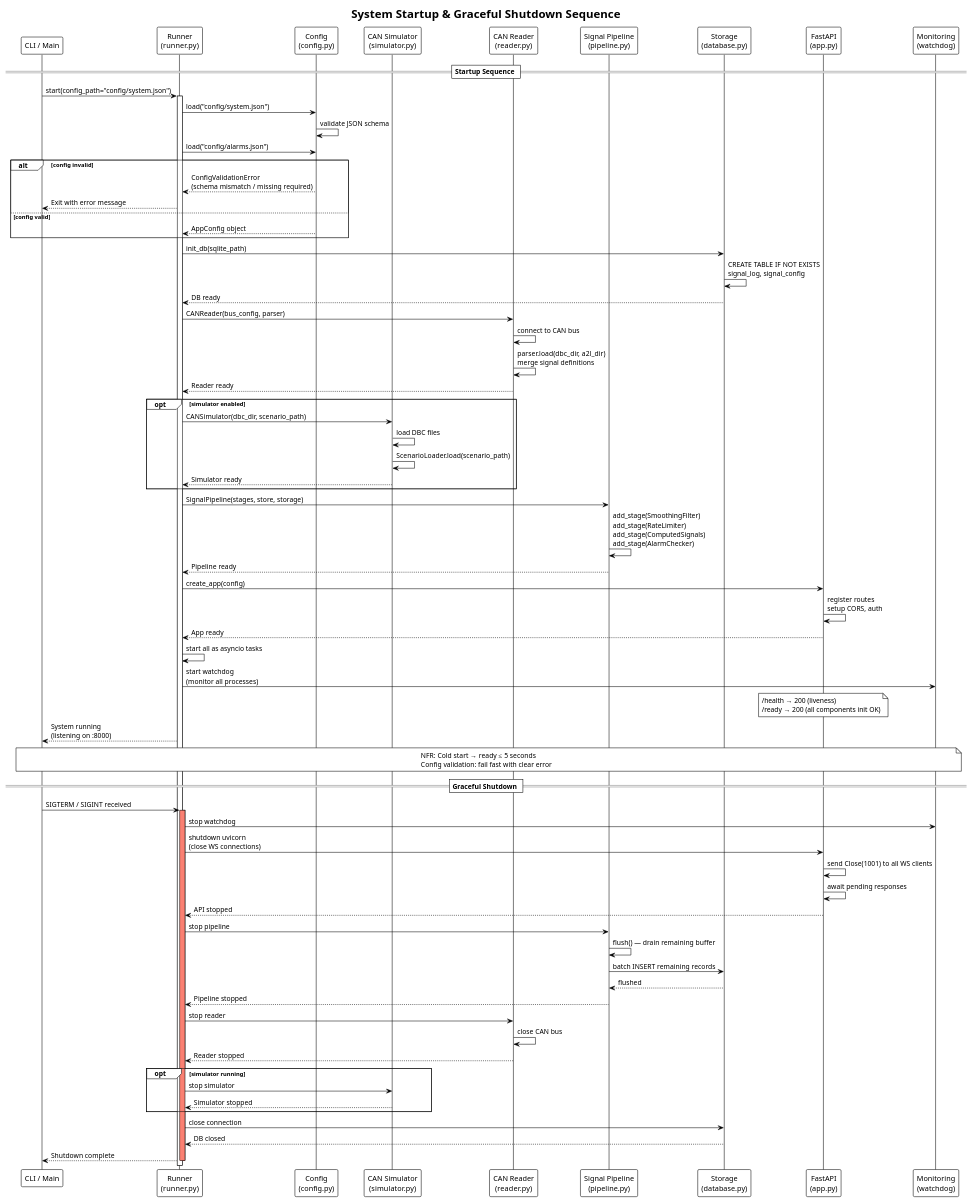
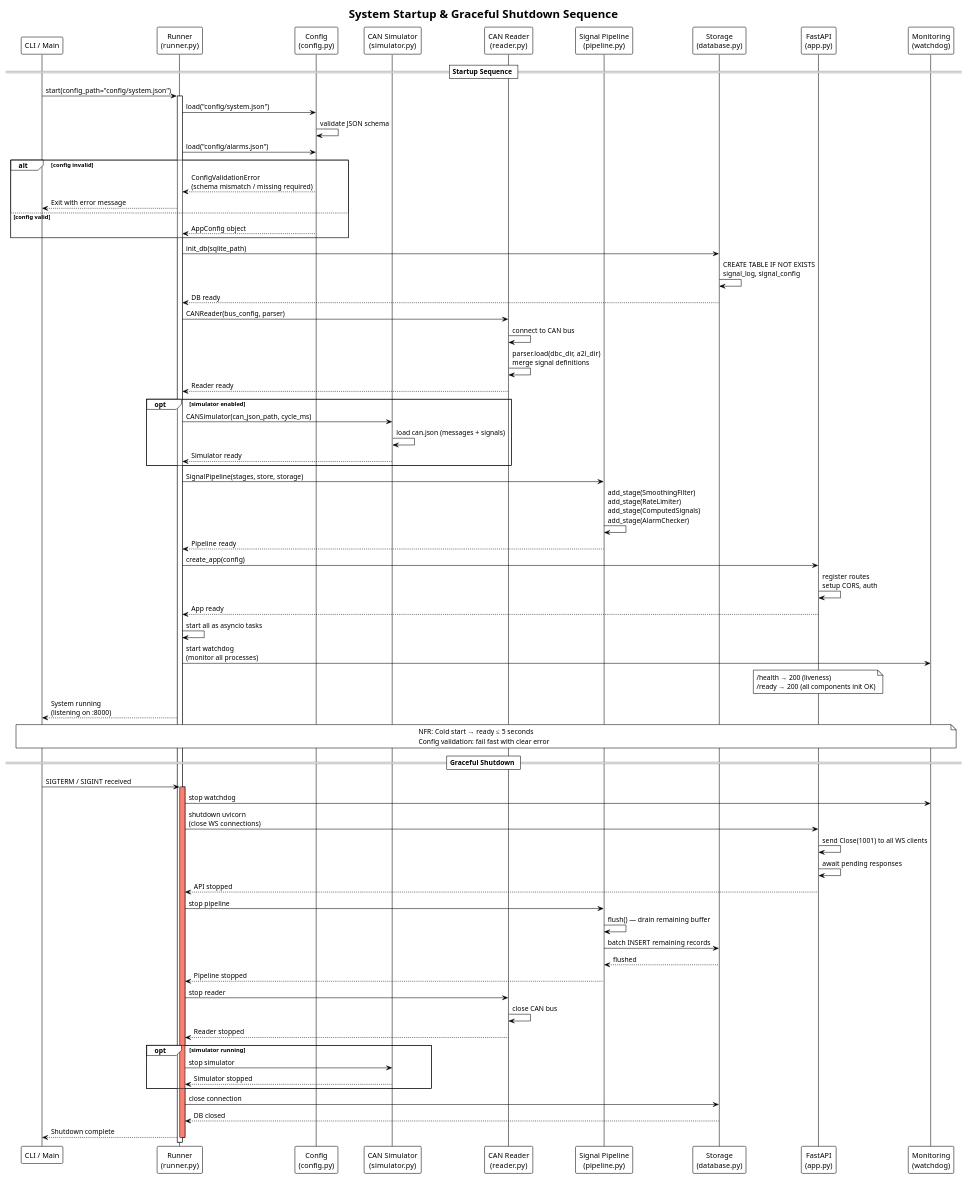
The diagram in diagram/13_sequence_startup_shutdown.puml (3tdn/car-hmi), drawn with PlantUML before and after one commit. The commit also changed 12 other files, not shown here.

Commit message:
update cansimulator sử dụng can.json

```diff
--- a/diagram/13_sequence_startup_shutdown.puml
+++ b/diagram/13_sequence_startup_shutdown.puml
@@ -1,97 +1,96 @@
 @startuml Sequence - System Startup
 !theme plain
 title System Startup & Graceful Shutdown Sequence
 
 participant "CLI / Main" as cli
 participant "Runner\n(runner.py)" as runner
 participant "Config\n(config.py)" as config
 participant "CAN Simulator\n(simulator.py)" as sim
 participant "CAN Reader\n(reader.py)" as reader
 participant "Signal Pipeline\n(pipeline.py)" as pipe
 participant "Storage\n(database.py)" as db
 participant "FastAPI\n(app.py)" as api
 participant "Monitoring\n(watchdog)" as mon
 
 == Startup Sequence ==
 
 cli -> runner : start(config_path="config/system.json")
 activate runner
 
 runner -> config : load("config/system.json")
 config -> config : validate JSON schema
 runner -> config : load("config/alarms.json")
 alt config invalid
     config --> runner : ConfigValidationError\n(schema mismatch / missing required)
     runner --> cli : Exit with error message
 else config valid
     config --> runner : AppConfig object
 end
 
 runner -> db : init_db(sqlite_path)
 db -> db : CREATE TABLE IF NOT EXISTS\nsignal_log, signal_config
 db --> runner : DB ready
 
 runner -> reader : CANReader(bus_config, parser)
 reader -> reader : connect to CAN bus
 reader -> reader : parser.load(dbc_dir, a2l_dir)\nmerge signal definitions
 reader --> runner : Reader ready
 
 opt simulator enabled
-    runner -> sim : CANSimulator(dbc_dir, scenario_path)
-    sim -> sim : load DBC files
-    sim -> sim : ScenarioLoader.load(scenario_path)
+    runner -> sim : CANSimulator(can_json_path, cycle_ms)
+    sim -> sim : load can.json (messages + signals)
     sim --> runner : Simulator ready
 end
 
 runner -> pipe : SignalPipeline(stages, store, storage)
 pipe -> pipe : add_stage(SmoothingFilter)\nadd_stage(RateLimiter)\nadd_stage(ComputedSignals)\nadd_stage(AlarmChecker)
 pipe --> runner : Pipeline ready
 
 runner -> api : create_app(config)
 api -> api : register routes\nsetup CORS, auth
 api --> runner : App ready
 
 runner -> runner : start all as asyncio tasks
 runner -> mon : start watchdog\n(monitor all processes)
 
 note over api : /health → 200 (liveness)\n/ready → 200 (all components init OK)
 runner --> cli : System running\n(listening on :8000)
 
 note over cli, mon
   NFR: Cold start → ready ≤ 5 seconds
   Config validation: fail fast with clear error
 end note
 
 == Graceful Shutdown ==
 
 cli -> runner : SIGTERM / SIGINT received
 activate runner #salmon
 
 runner -> mon : stop watchdog
 runner -> api : shutdown uvicorn\n(close WS connections)
 api -> api : send Close(1001) to all WS clients
 api -> api : await pending responses
 api --> runner : API stopped
 
 runner -> pipe : stop pipeline
 pipe -> pipe : flush() — drain remaining buffer
 pipe -> db : batch INSERT remaining records
 db --> pipe : flushed
 pipe --> runner : Pipeline stopped
 
 runner -> reader : stop reader
 reader -> reader : close CAN bus
 reader --> runner : Reader stopped
 
 opt simulator running
     runner -> sim : stop simulator
     sim --> runner : Simulator stopped
 end
 
 runner -> db : close connection
 db --> runner : DB closed
 
 runner --> cli : Shutdown complete
 deactivate runner
 
 @enduml
```
